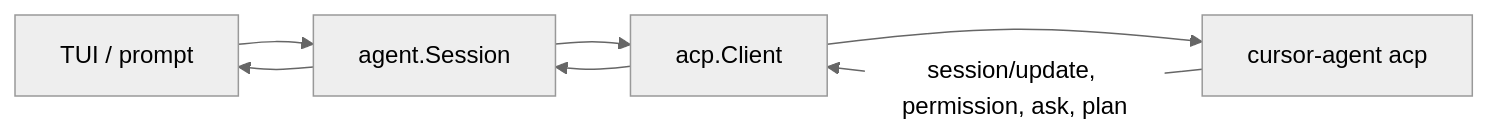
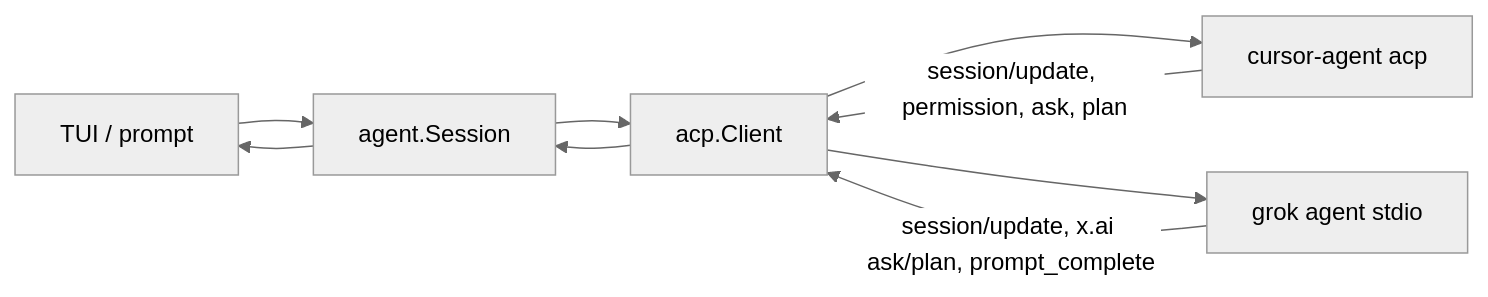
One commit to charliek/craze changed the diagram in docs/development/architecture.md. Above: the diagram before and after it, drawn with Mermaid (neutral theme). The commit also changed other lines of this file and 14 other files, not shown here.

First line of the commit message:
Document Cursor and Grok, and add grok frame goldens.

````diff
--- a/docs/development/architecture.md
+++ b/docs/development/architecture.md
@@ -6,9 +6,11 @@
 ```mermaid
 flowchart LR
   tui["TUI / prompt"] --> session["agent.Session"]
   session --> client["acp.Client"]
-  client --> child["cursor-agent acp"]
-  child -->|"session/update, permission, ask, plan"| client
+  client --> cursor["cursor-agent acp"]
+  client --> grok["grok agent stdio"]
+  cursor -->|"session/update, permission, ask, plan"| client
+  grok -->|"session/update, x.ai ask/plan, prompt_complete"| client
   client --> session
   session --> tui
 ```
````
